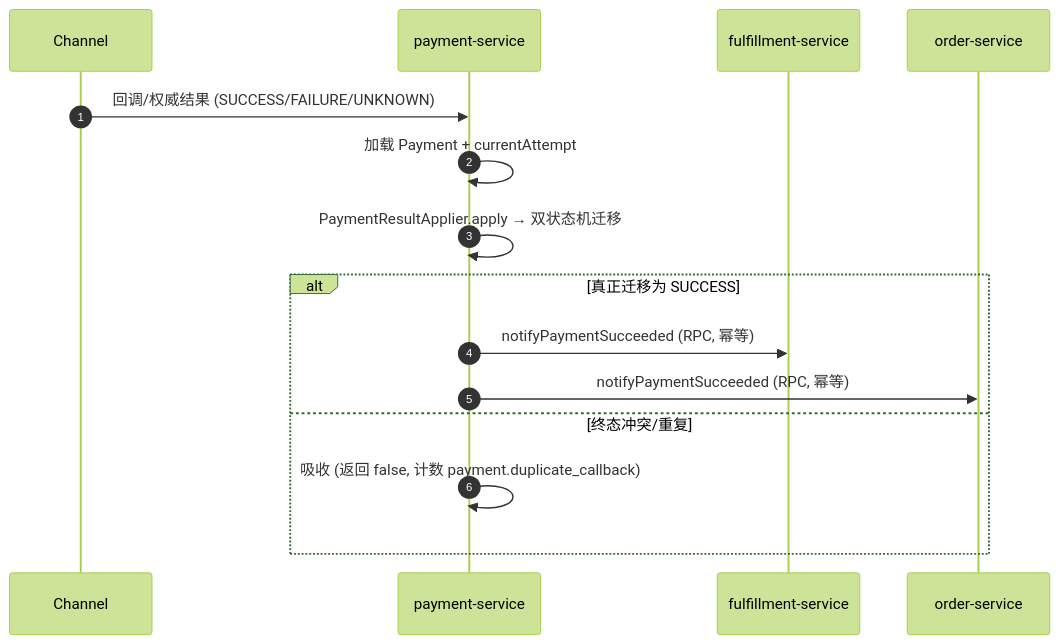
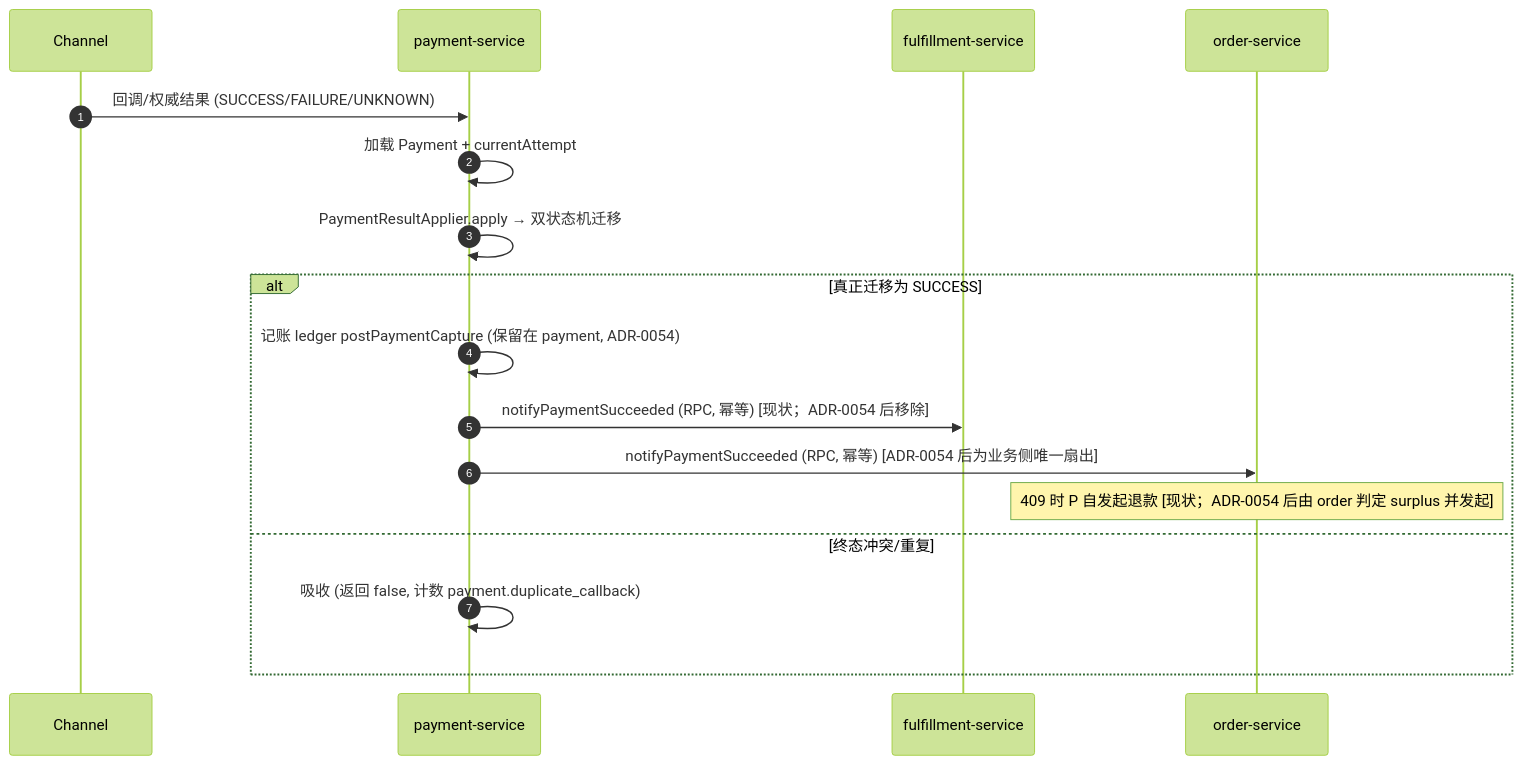
One commit to ckcky/Payment changed the diagram in docs/architecture/systems/payment-service.md. Above: the diagram before and after it, drawn with Mermaid (forest theme). The commit also changed other lines of this file and 10 other files, not shown here.

````diff
--- a/docs/architecture/systems/payment-service.md
+++ b/docs/architecture/systems/payment-service.md
@@ -264,17 +268,19 @@
 ```mermaid
 sequenceDiagram
     autonumber
     participant Ch as Channel
     participant P as payment-service
     participant F as fulfillment-service
     participant O as order-service
     Ch->>P: 回调/权威结果 (SUCCESS/FAILURE/UNKNOWN)
     P->>P: 加载 Payment + currentAttempt
     P->>P: PaymentResultApplier.apply → 双状态机迁移
     alt 真正迁移为 SUCCESS
-        P->>F: notifyPaymentSucceeded (RPC, 幂等)
-        P->>O: notifyPaymentSucceeded (RPC, 幂等)
+        P->>P: 记账 ledger postPaymentCapture (保留在 payment, ADR-0054)
+        P->>F: notifyPaymentSucceeded (RPC, 幂等) [现状；ADR-0054 后移除]
+        P->>O: notifyPaymentSucceeded (RPC, 幂等) [ADR-0054 后为业务侧唯一扇出]
+        Note over O: 409 时 P 自发起退款 [现状；ADR-0054 后由 order 判定 surplus 并发起]
     else 终态冲突/重复
         P->>P: 吸收 (返回 false, 计数 payment.duplicate_callback)
     end
 ```
````
